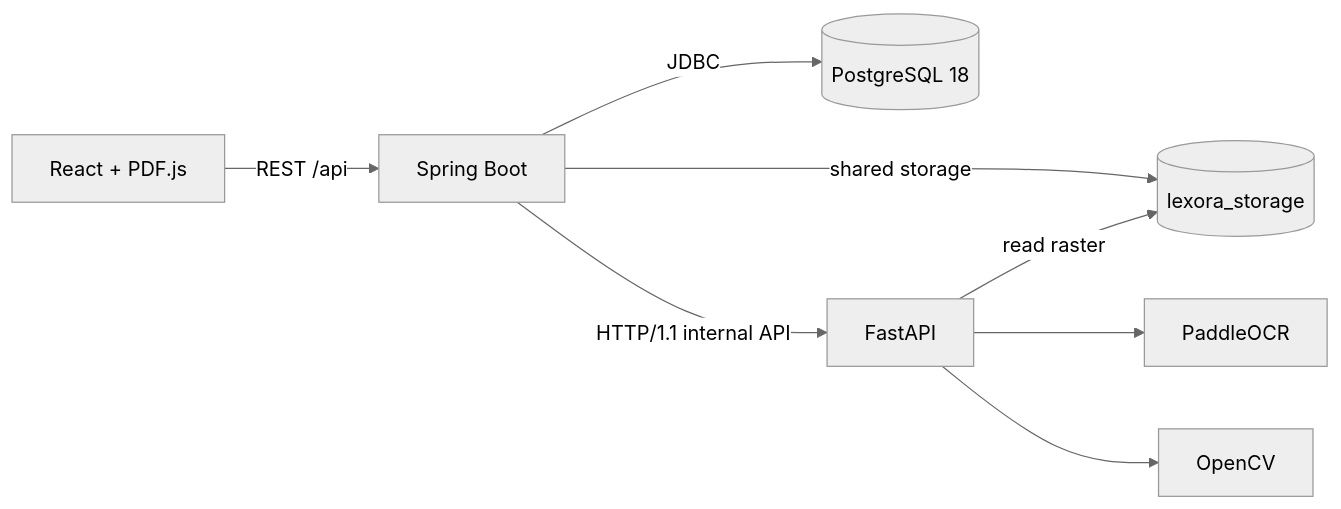
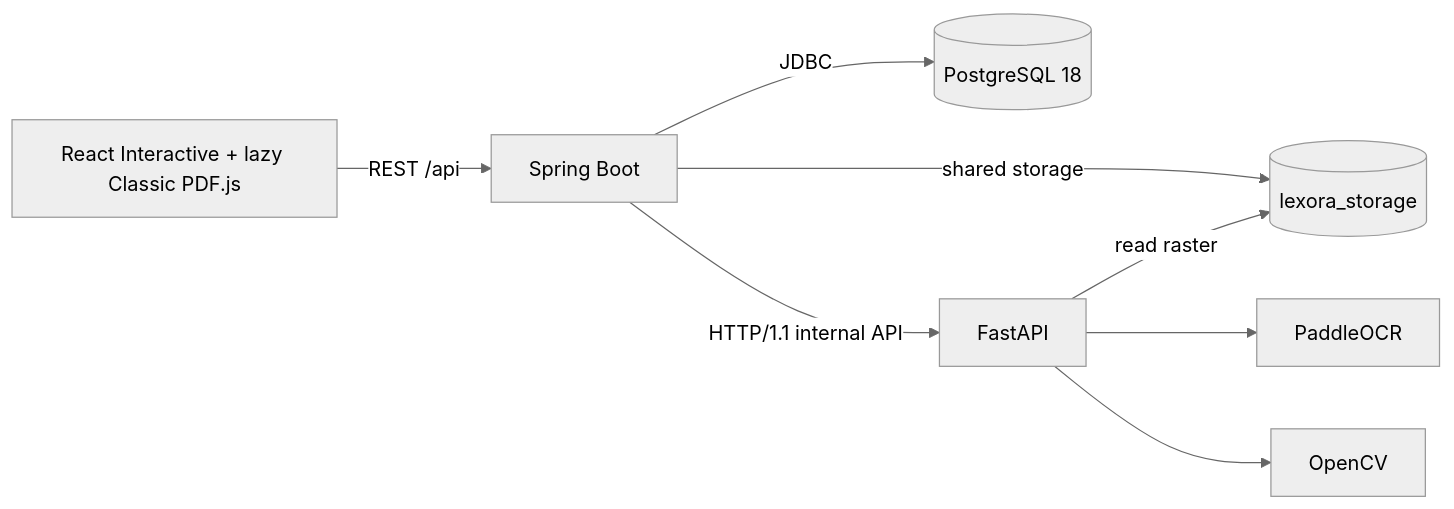
One commit to darroyo083/Lexora changed the diagram in docs/architecture.md. Above: the diagram before and after it, drawn with Mermaid (neutral theme). The commit also changed other lines of this file and 2 other files, not shown here.

Commit message:
docs(interactive): document the MVP contract

````diff
--- a/docs/architecture.md
+++ b/docs/architecture.md
@@ -7,10 +7,10 @@
 ```mermaid
 flowchart LR
-    Browser[React + PDF.js] -->|REST /api| Backend[Spring Boot]
+    Browser[React Interactive + lazy Classic PDF.js] -->|REST /api| Backend[Spring Boot]
     Backend -->|JDBC| Postgres[(PostgreSQL 18)]
     Backend -->|shared storage| Storage[(lexora_storage)]
     Backend -->|HTTP/1.1 internal API| AI[FastAPI]
     AI -->|read raster| Storage
     AI --> Paddle[PaddleOCR]
     AI --> OpenCV[OpenCV]
 ```
````
